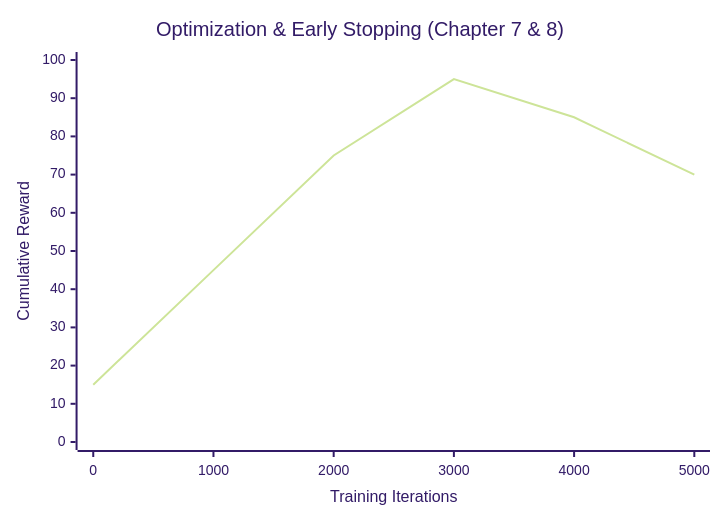
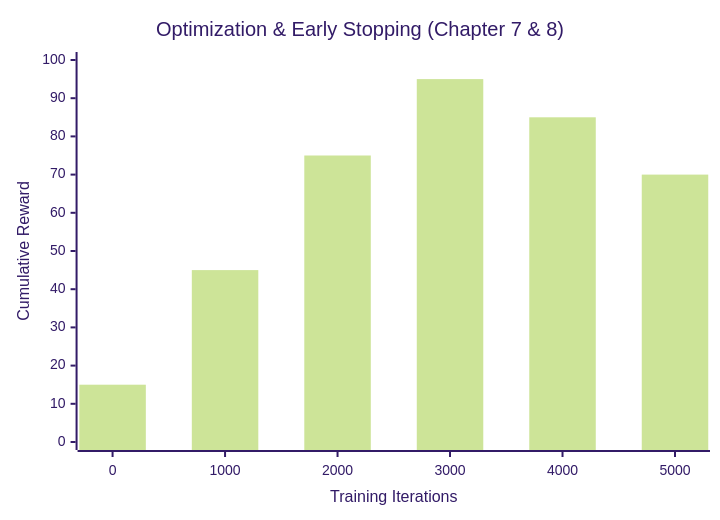
Before and after one commit to Glen02lee/isaac-go2-rl-training: the third of 3 diagrams in README.md, drawn with Mermaid (forest theme). The commit also changed 1 other file, not shown here.

Commit message:
docs: replace line graph with bar graph to make training curve thicker and highly visible

````diff
--- a/README.md
+++ b/README.md
@@ -182,7 +182,7 @@
 ```mermaid
 xychart-beta
     title "Optimization & Early Stopping (Chapter 7 & 8)"
     x-axis "Training Iterations" [0, 1000, 2000, 3000, 4000, 5000]
     y-axis "Cumulative Reward" 0 --> 100
-    line [15, 45, 75, 95, 85, 70]
+    bar [15, 45, 75, 95, 85, 70]
 ```
````
